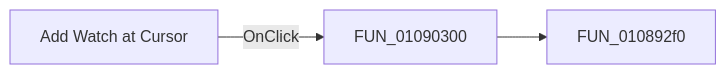
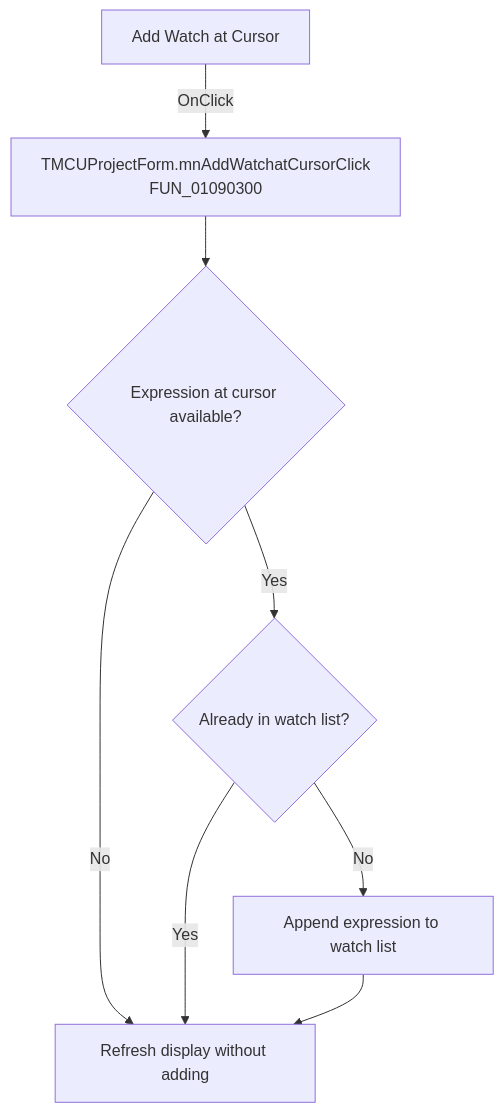
Before and after one commit to MovGP0/TIARA: the diagram in docs/ui-controls/mcuprojectform/mnaddwatchatcursor-64a21d21c3.md, drawn with Mermaid. The commit also changed other lines of this file and 1062 other files, not shown here.

````diff
--- a/docs/ui-controls/mcuprojectform/mnaddwatchatcursor-64a21d21c3.md
+++ b/docs/ui-controls/mcuprojectform/mnaddwatchatcursor-64a21d21c3.md
@@ -27,5 +27,10 @@
 ```mermaid
-flowchart LR
-    control["Add Watch at Cursor"] -->|OnClick| handler["FUN_01090300"]
-    handler --> call1["FUN_010892f0"]
+flowchart TD
+    control["Add Watch at Cursor"] -->|OnClick| handler["TMCUProjectForm.mnAddWatchatCursorClick<br/>FUN_01090300"]
+    handler --> token{"Expression at cursor available?"}
+    token -->|No| refresh["Refresh display without adding"]
+    token -->|Yes| exists{"Already in watch list?"}
+    exists -->|Yes| refresh
+    exists -->|No| add["Append expression to watch list"]
+    add --> refresh
 ```
````
